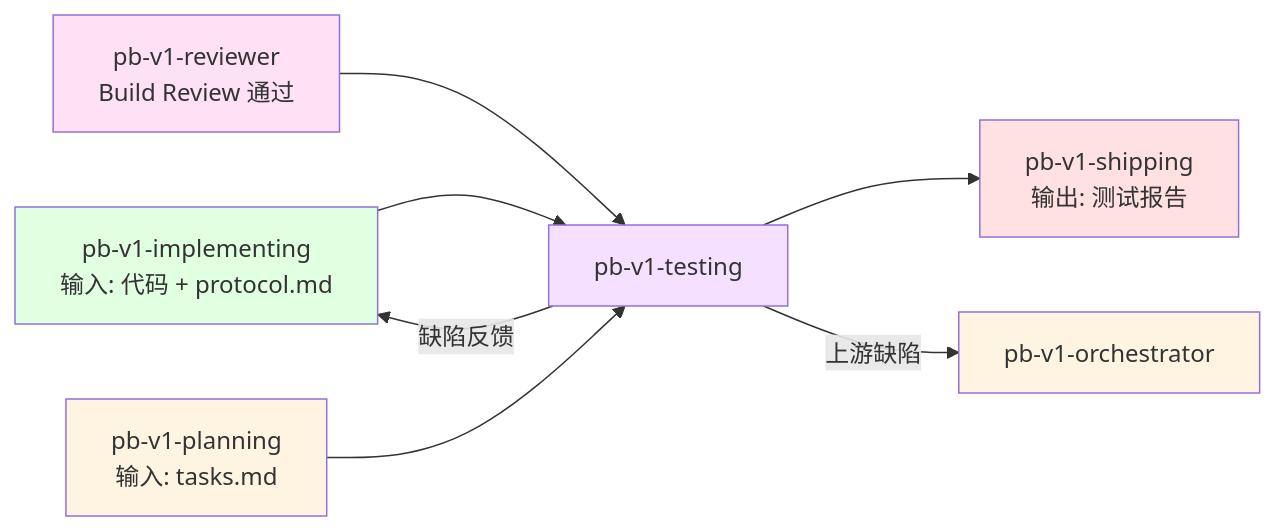
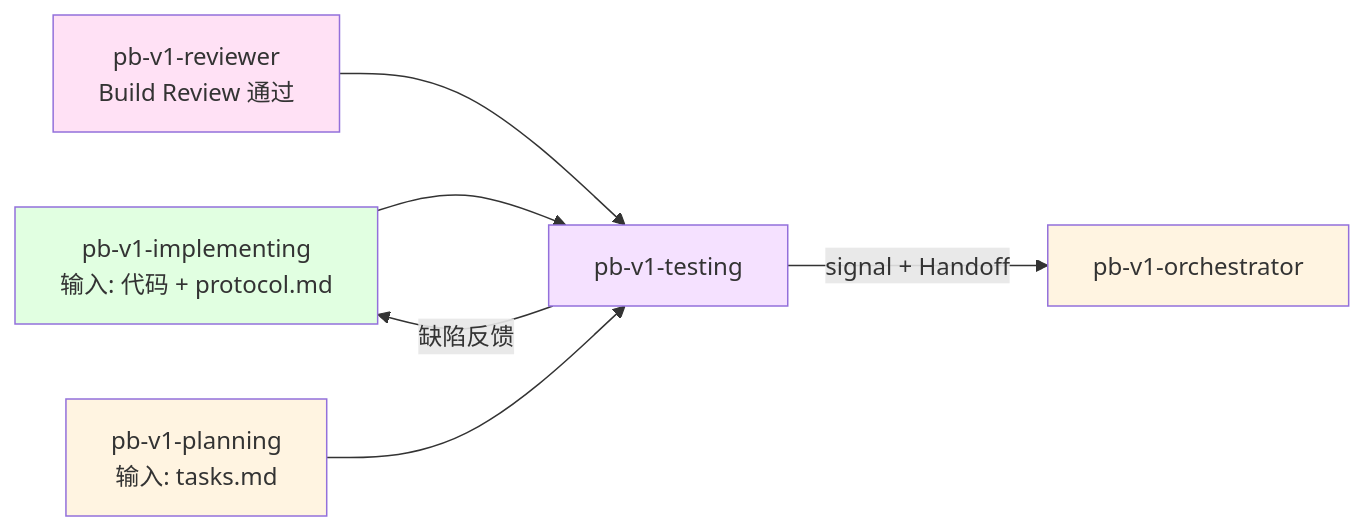
Before and after one commit to chenchiyuan/powerby-skills: the third of 3 diagrams in skills/pb-v1-testing/SKILL.md, drawn with Mermaid. The commit also changed other lines of this file and 58 other files, not shown here.

````diff
--- a/skills/pb-v1-testing/SKILL.md
+++ b/skills/pb-v1-testing/SKILL.md
@@ -497,16 +568,14 @@
 ```mermaid
 graph LR
     IMP[pb-v1-implementing<br/>输入: 代码 + protocol.md] --> TST[pb-v1-testing]
     REV[pb-v1-reviewer<br/>Build Review 通过] --> TST
     PLA[pb-v1-planning<br/>输入: tasks.md] --> TST
-    TST --> SHP[pb-v1-shipping<br/>输出: 测试报告]
+    TST -->|signal + Handoff| ORC[pb-v1-orchestrator]
     TST -->|缺陷反馈| IMP
-    TST -->|上游缺陷| ORC[pb-v1-orchestrator]
     
     style IMP fill:#e1ffe1
     style REV fill:#ffe1f5
     style PLA fill:#fff4e1
     style TST fill:#f5e1ff
-    style SHP fill:#ffe1e1
     style ORC fill:#fff4e1
 ```
````
